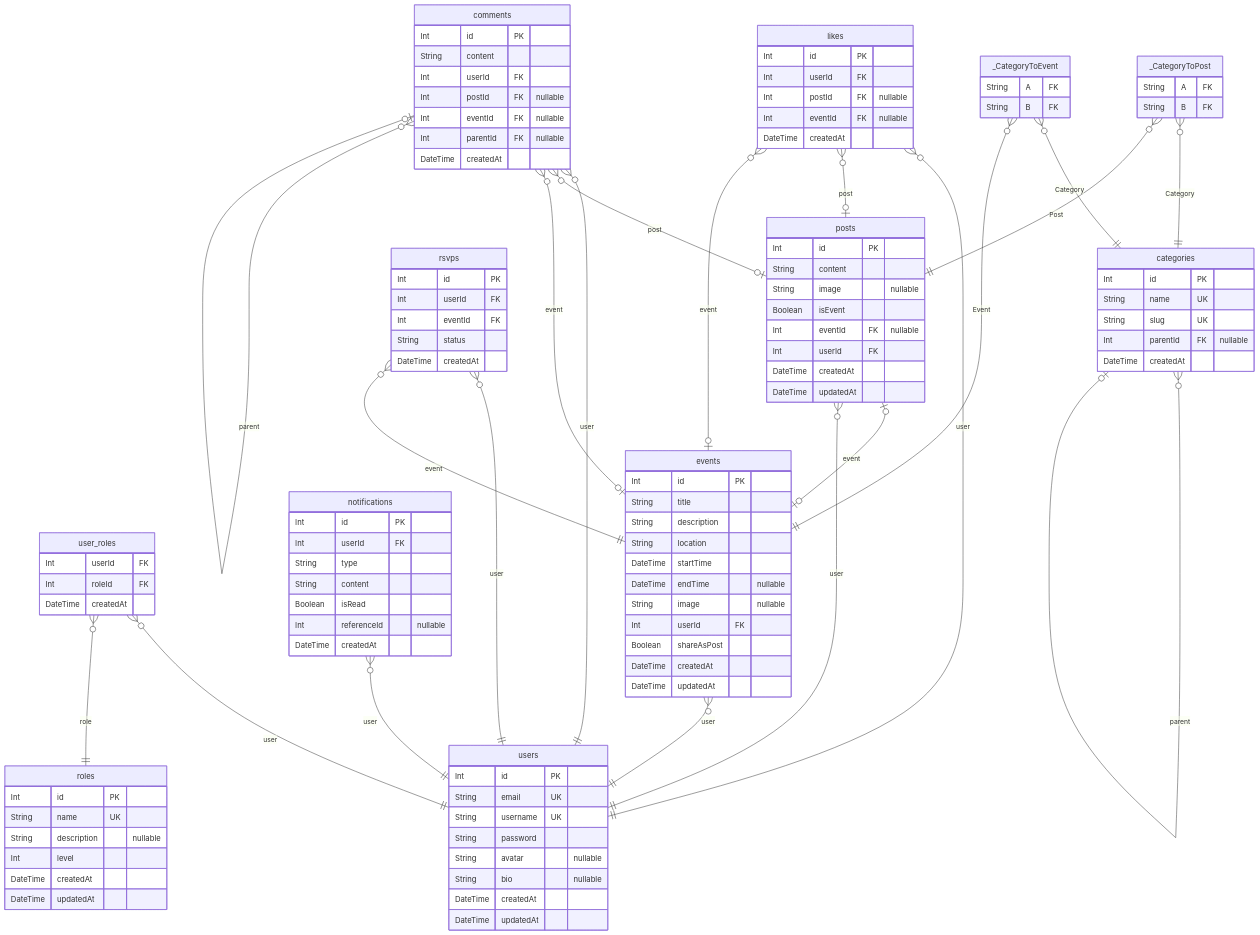
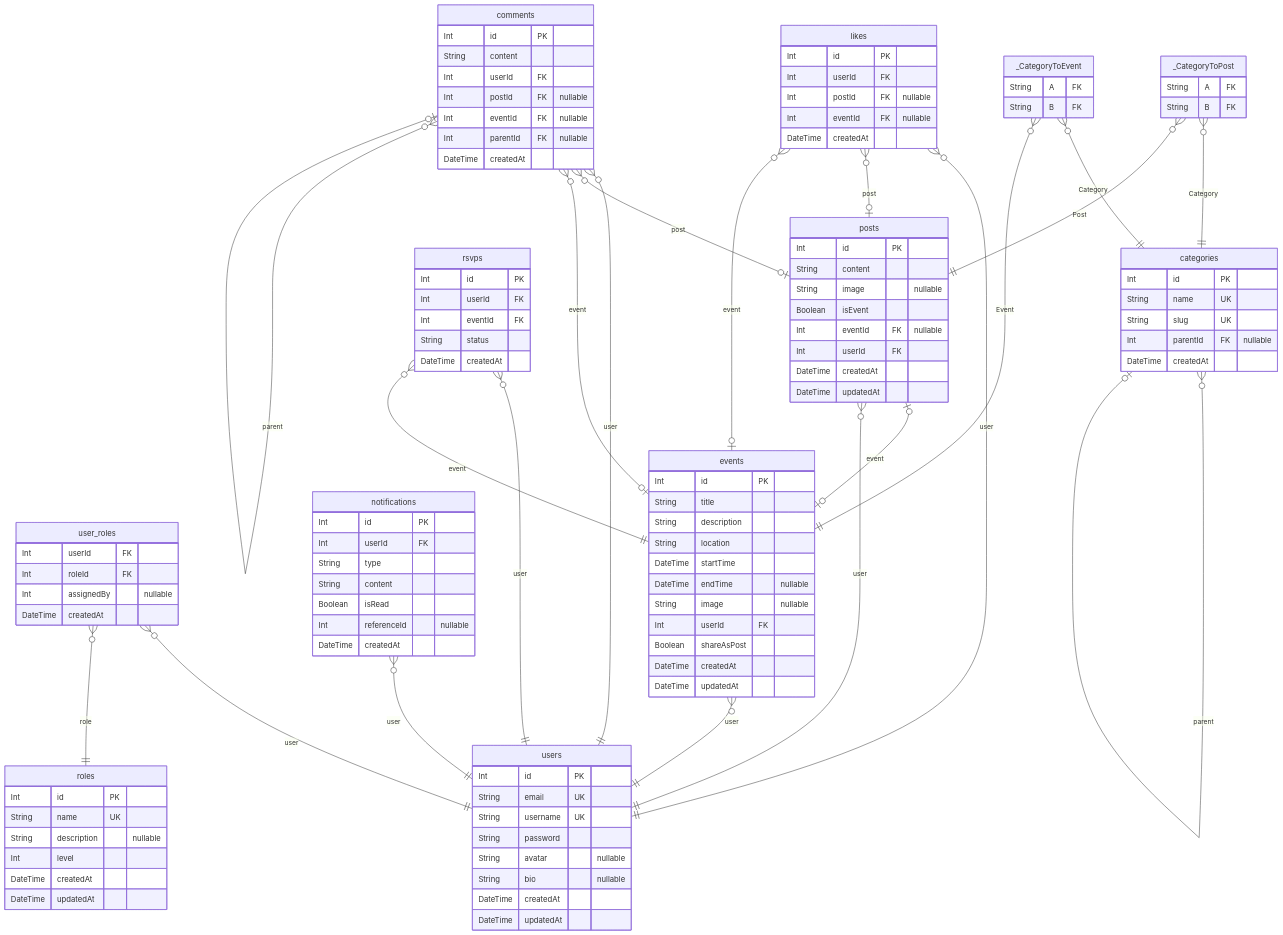
One commit to Phastboy/nest-auth changed the diagram in prisma/ERD.md. Above: the diagram before and after it, drawn with Mermaid. The commit also changed other lines of this file and 47 other files, not shown here.

```diff
--- a/prisma/ERD.md
+++ b/prisma/ERD.md
@@ -27,6 +27,7 @@
 "user_roles" {
   Int userId FK
   Int roleId FK
+  Int assignedBy "nullable"
   DateTime createdAt
 }
 "categories" {
```
